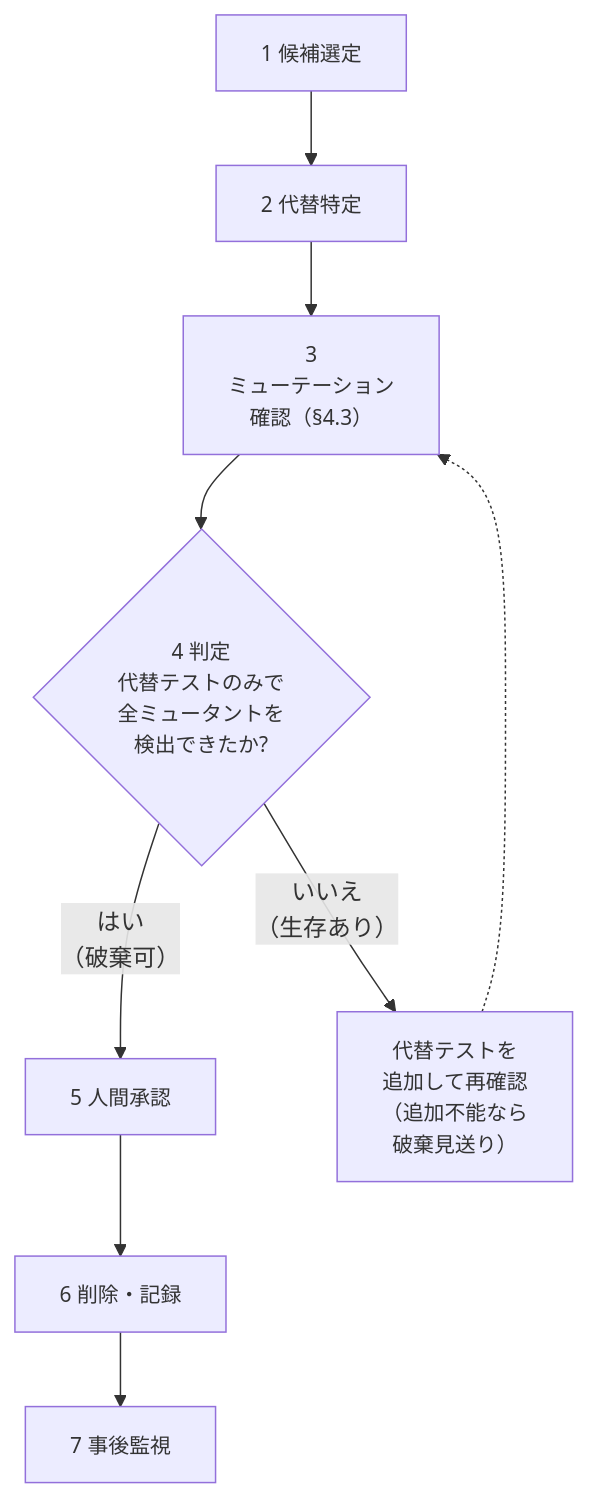
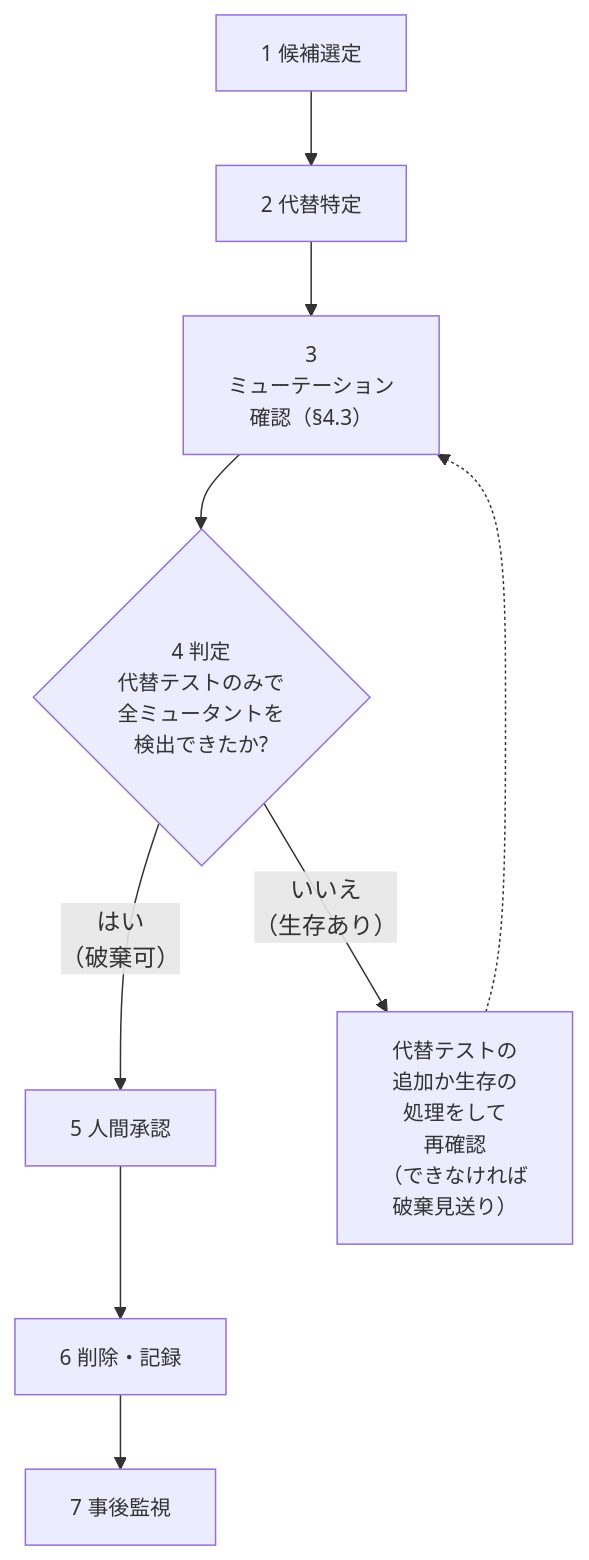
One commit to toshio-shiratori/harness-test-strategy changed the second of 2 diagrams in docs/testing/04-regression-governance.md. Above: the diagram before and after it, drawn with Mermaid. The commit also changed other lines of this file, not shown here.

````diff
--- a/docs/testing/04-regression-governance.md
+++ b/docs/testing/04-regression-governance.md
@@ -208,16 +208,16 @@
 ```mermaid
 flowchart TB
   P1["1 候補選定"]
   P2["2 代替特定"]
   P3["3<br/>ミューテーション<br/>確認（§4.3）"]
   P4{"4 判定<br/>代替テストのみで<br/>全ミュータントを<br/>検出できたか?"}
-  P4b["代替テストを<br/>追加して再確認<br/>（追加不能なら<br/>破棄見送り）"]
+  P4b["代替テストの<br/>追加か生存の<br/>処理をして<br/>再確認<br/>（できなければ<br/>破棄見送り）"]
   P5["5 人間承認"]
   P6["6 削除・記録"]
   P7["7 事後監視"]
   P1 --> P2 --> P3 --> P4
   P4 -- "はい<br/>（破棄可）" --> P5 --> P6 --> P7
   P4 -- "いいえ<br/>（生存あり）" --> P4b
   P4b -.-> P3
   classDef default font-size:14px
 ```
````
